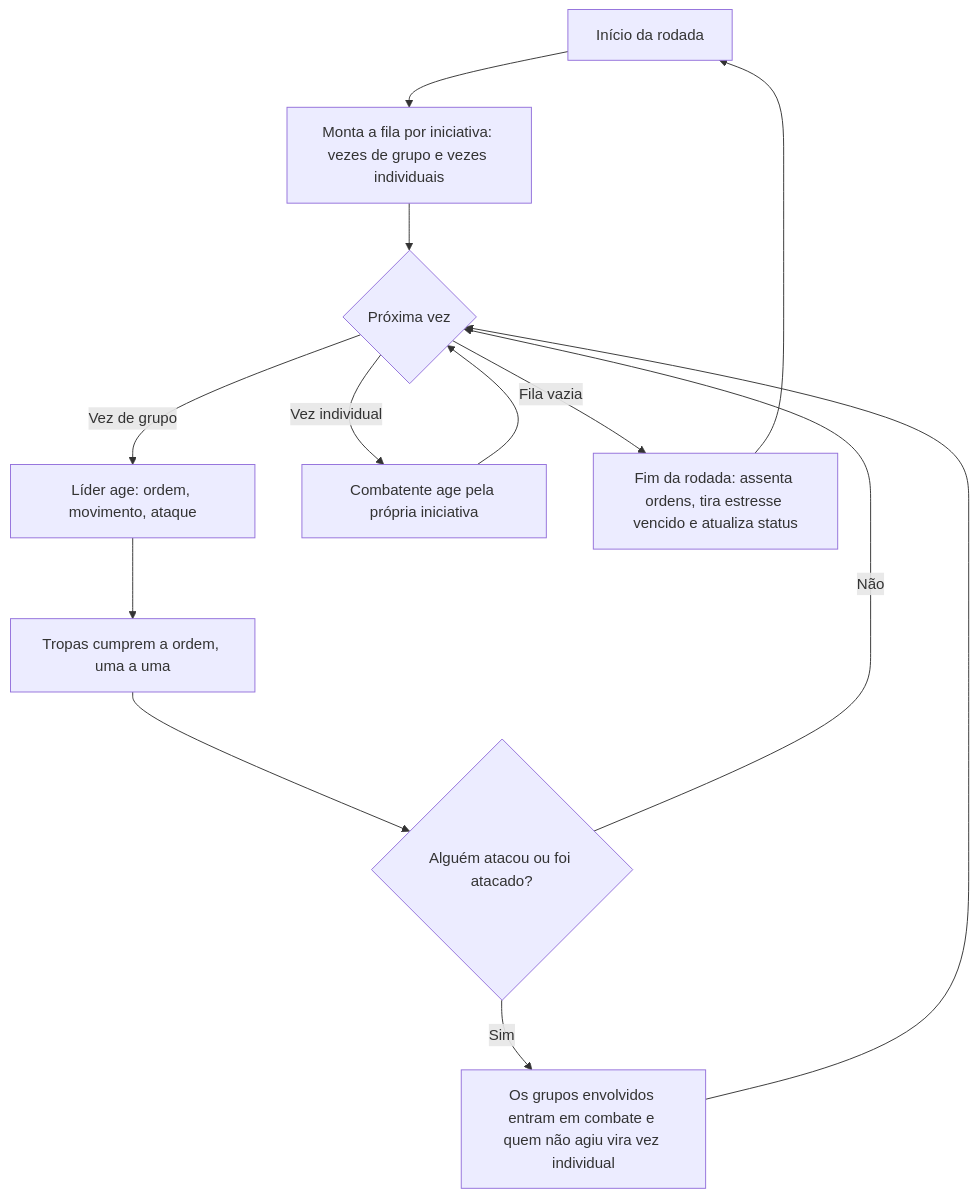
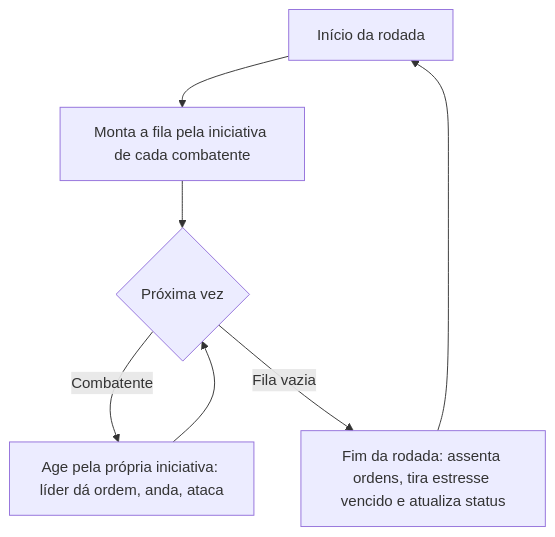
Before and after one commit to WunderHub/teste: the second of 2 diagrams in docs/design-combate.md, drawn with Mermaid. The commit also changed other lines of this file and 4 other files, not shown here.

````diff
--- a/docs/design-combate.md
+++ b/docs/design-combate.md
@@ -303,15 +297,9 @@
 ```mermaid
 flowchart TD
-  A[Início da rodada] --> B[Monta a fila por iniciativa: vezes de grupo e vezes individuais]
+  A[Início da rodada] --> B[Monta a fila pela iniciativa de cada combatente]
   B --> C{Próxima vez}
-  C -->|Vez de grupo| D[Líder age: ordem, movimento, ataque]
-  D --> E[Tropas cumprem a ordem, uma a uma]
-  E --> F{Alguém atacou ou foi atacado?}
-  F -->|Não| C
-  F -->|Sim| G[Os grupos envolvidos entram em combate e quem não agiu vira vez individual]
-  G --> C
-  C -->|Vez individual| H[Combatente age pela própria iniciativa]
+  C -->|Combatente| H[Age pela própria iniciativa: líder dá ordem, anda, ataca]
   H --> C
   C -->|Fila vazia| I[Fim da rodada: assenta ordens, tira estresse vencido e atualiza status]
   I --> A
 ```
````
